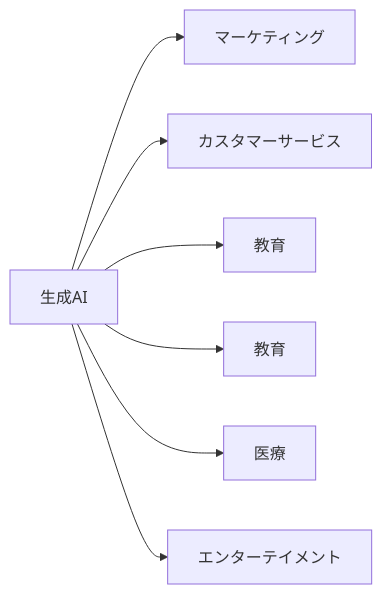
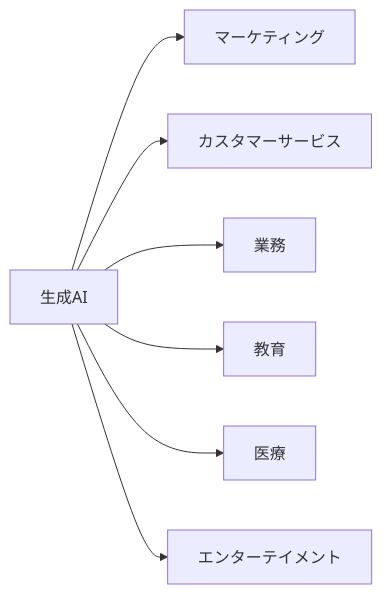
Before and after one commit to SparklingDetergent/doc_genai_About_the_origins_and_types_of_generative_AI: the ninth of 11 diagrams in README.md, drawn with Mermaid.

````diff
--- a/README.md
+++ b/README.md
@@ -163,9 +163,9 @@
 ```mermaid
 graph LR
     A[生成AI] --> B[マーケティング]
     A --> C[カスタマーサービス]
-    A --> G[教育]
+    A --> G[業務]
     A --> D[教育]
     A --> E[医療]
     A --> F[エンターテイメント]
 ```
````
